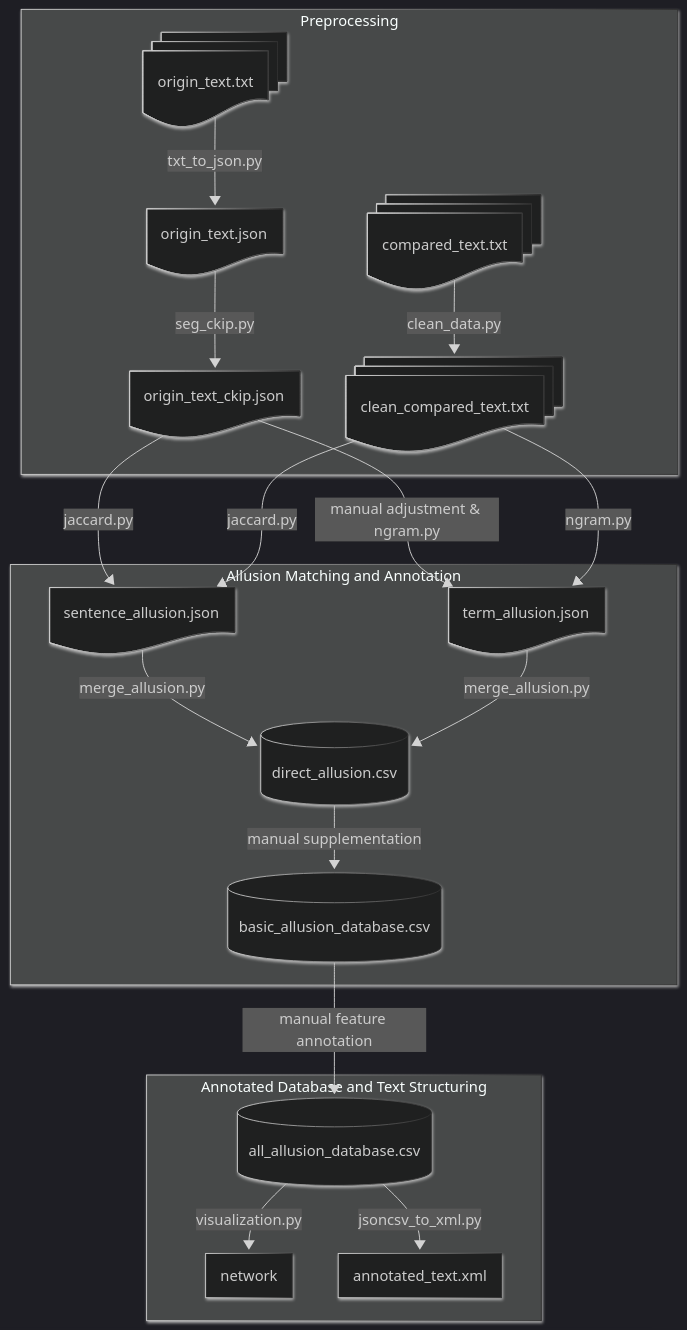
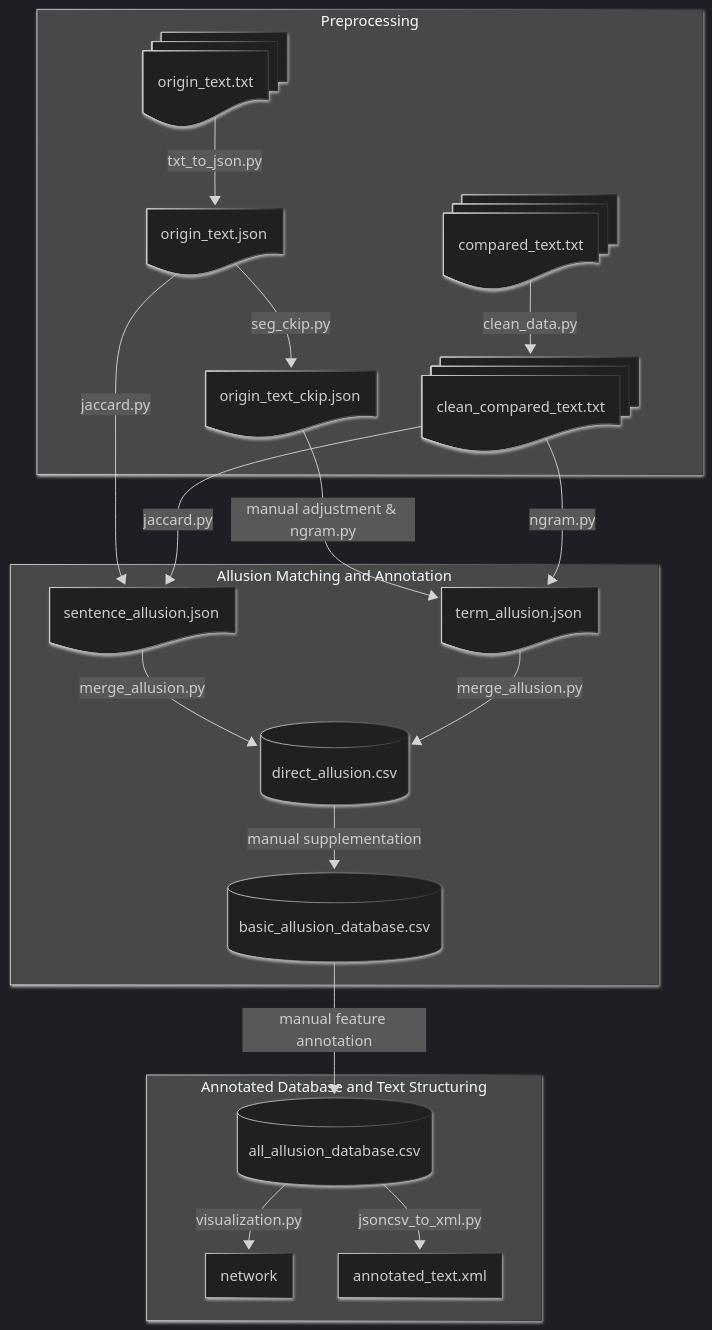
Before and after one commit to Taoyi-Chiang/lufu_allusion: the diagram in README.md, drawn with Mermaid.

````diff
--- a/README.md
+++ b/README.md
@@ -2,46 +2,46 @@
 ```mermaid
 ---
 config:
   theme: dark
   look: neo
 ---
 flowchart TD
  subgraph Preprocessing["Preprocessing"]
         B1["origin_text.json"]
         A1["origin_text.txt"]
         B2["origin_text_ckip.json"]
         A3["clean_compared_text.txt"]
         A2["compared_text.txt"]
   end
  subgraph subGraph1["Allusion Matching and Annotation"]
         C2["term_allusion.json"]
         C1["sentence_allusion.json"]
         D1[("direct_allusion.csv")]
         E1[("basic_allusion_database.csv")]
   end
  subgraph subGraph2["Annotated Database and Text Structuring"]
         E2[("all_allusion_database.csv")]
         F1["network"]
         F2["annotated_text.xml"]
   end
     A1 -- "txt_to_json.py" --> B1
     B1 -- "seg_ckip.py" --> B2
     A2 -- "clean_data.py" --> A3
     B2 -- "manual adjustment & ngram.py"--> C2
-    B2 -- "jaccard.py" --> C1
+    B1 -- "jaccard.py" --> C1
     A3 -- "jaccard.py" --> C1
     A3 -- "ngram.py" --> C2
     C1 -- "merge_allusion.py" --> D1
     C2 -- "merge_allusion.py" --> D1
     D1 -- manual supplementation --> E1
     E1 -- manual feature annotation --> E2
     E2 -- "visualization.py" --> F1
     E2 -- "jsoncsv_to_xml.py" --> F2
     B1@{ shape: doc}
     A1@{ shape: docs}
     B2@{ shape: doc}
     A3@{ shape: docs}
     A2@{ shape: docs}
     C2@{ shape: doc}
     C1@{ shape: doc}
 ```
````
